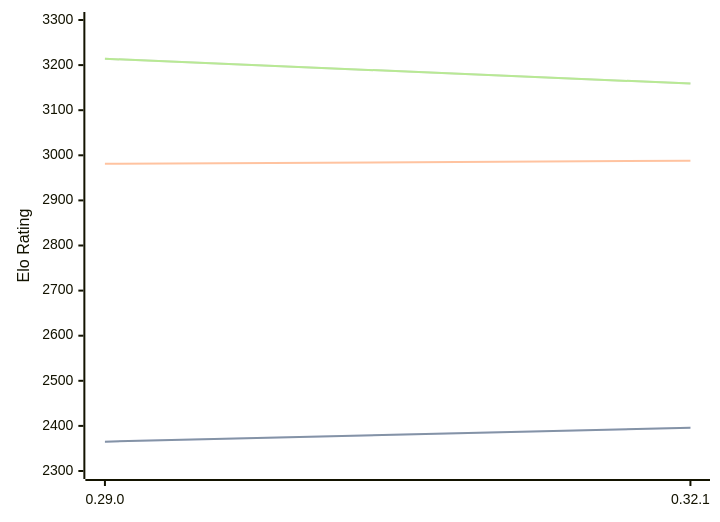
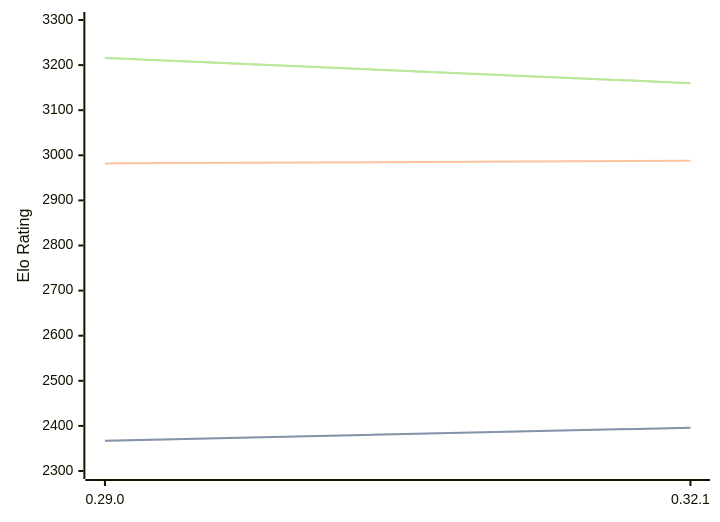
The first of 3 diagrams in engines/Lc0.md (computer-chess-index/cci), drawn with Mermaid before and after one commit. The commit also changed other lines of this file, not shown here.

Commit message:
Update CCI Ratings (ELO VLTC) - 2026-07-17

````diff
--- a/engines/Lc0.md
+++ b/engines/Lc0.md
@@ -68,11 +68,11 @@
 ```mermaid
 %%{init: {"theme":"base","themeVariables":{"seriesColors:['#a3a3a3','#222221','#faa371']}}}%%
 xychart-beta
   x-axis ["0.29.0", "0.32.1"]
   y-axis "Elo Rating" 2300 --> 3300
-  line "STC (8.0+0.08s)" [2365, 2396]
-  line "STC (8.0+0.08s)" [2365, 2396]
-  line "LTC (60.0+0.60s)" [2981, 2988]
-  line "VLTC (2m24s+1.12s)" [3214, 3159]
-  line "VLTC (2m24s+1.12s)" [3214, 3159]
+  line "STC (8.0+0.08s)" [2367, 2396]
+  line "STC (8.0+0.08s)" [2367, 2396]
+  line "LTC (60.0+0.60s)" [2982, 2988]
+  line "VLTC (2m24s+1.12s)" [3216, 3160]
+  line "VLTC (2m24s+1.12s)" [3216, 3160]
 ```
````
